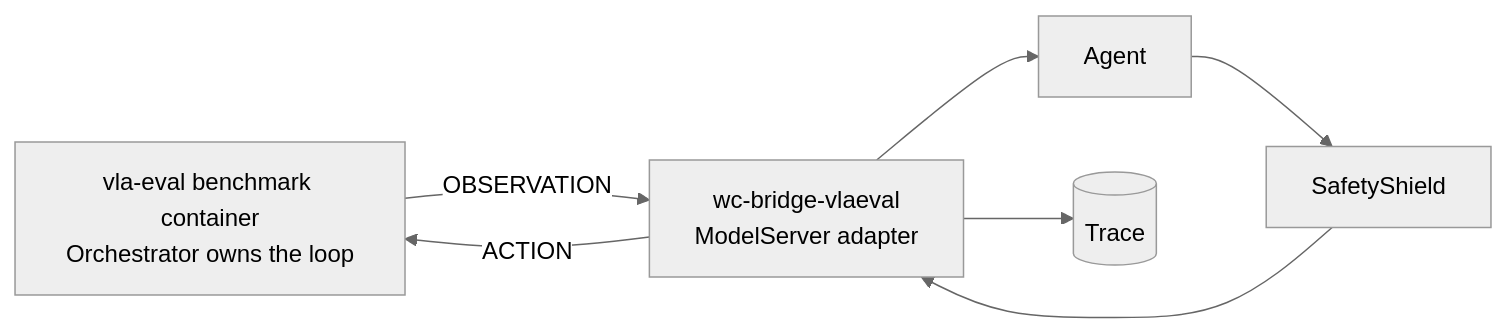
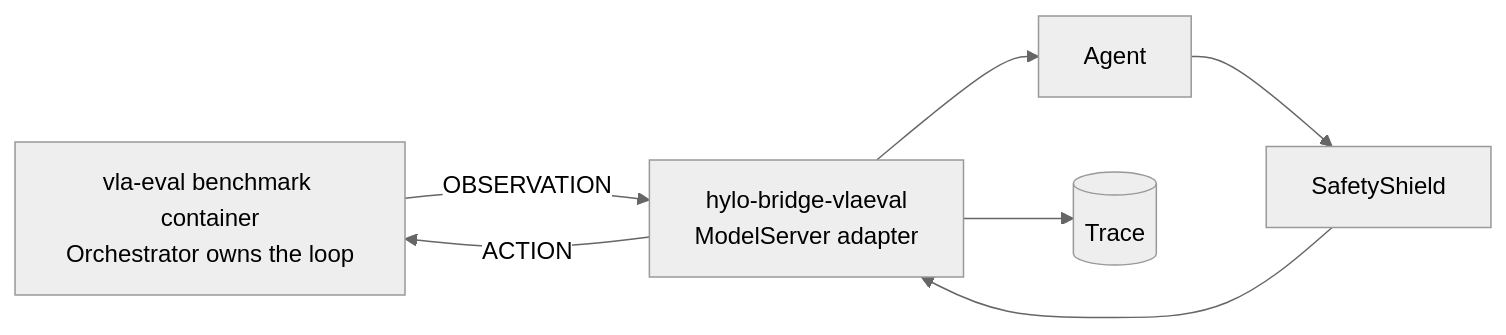
One commit to HyloAI/hylo-harness changed the third of 3 diagrams in docs/dependency-graph.md. Above: the diagram before and after it, drawn with Mermaid (neutral theme). The commit also changed other lines of this file and 394 other files, not shown here.

````diff
--- a/docs/dependency-graph.md
+++ b/docs/dependency-graph.md
@@ -71,7 +71,7 @@
 ```mermaid
 flowchart LR
-  BC[vla-eval benchmark container<br/>Orchestrator owns the loop] -- OBSERVATION --> ADP[wc-bridge-vlaeval<br/>ModelServer adapter]
+  BC[vla-eval benchmark container<br/>Orchestrator owns the loop] -- OBSERVATION --> ADP[hylo-bridge-vlaeval<br/>ModelServer adapter]
   ADP --> AG[Agent] --> SH[SafetyShield] --> ADP
   ADP -- ACTION --> BC
   ADP --> TR[(Trace)]
 ```
````
